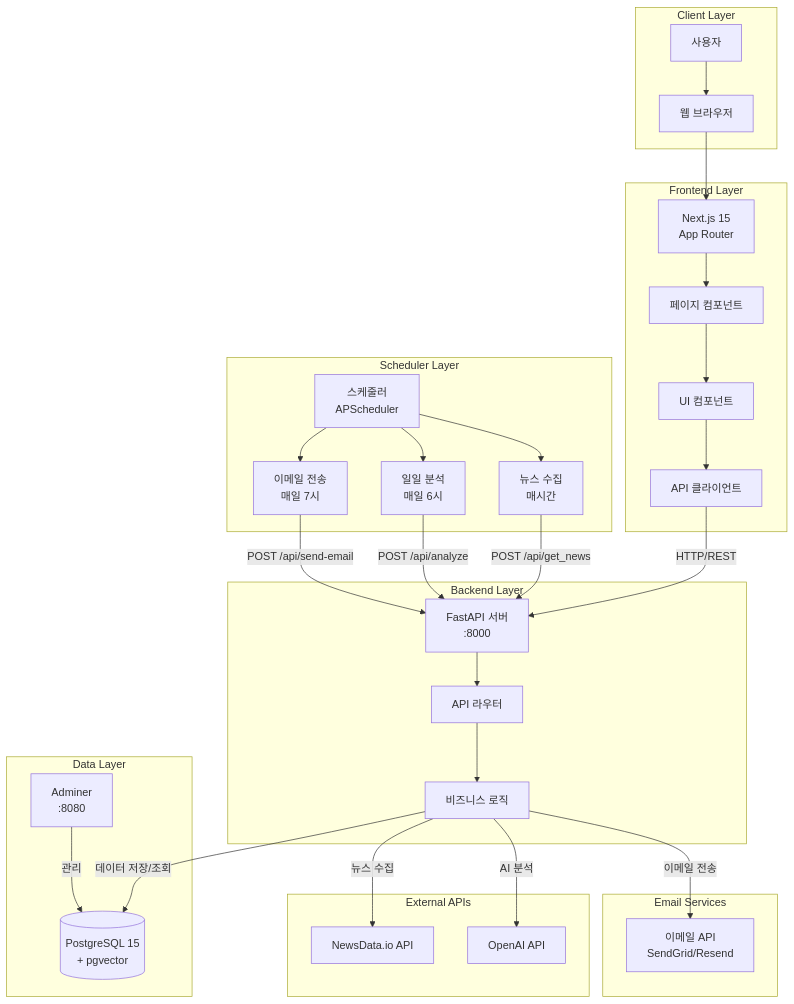
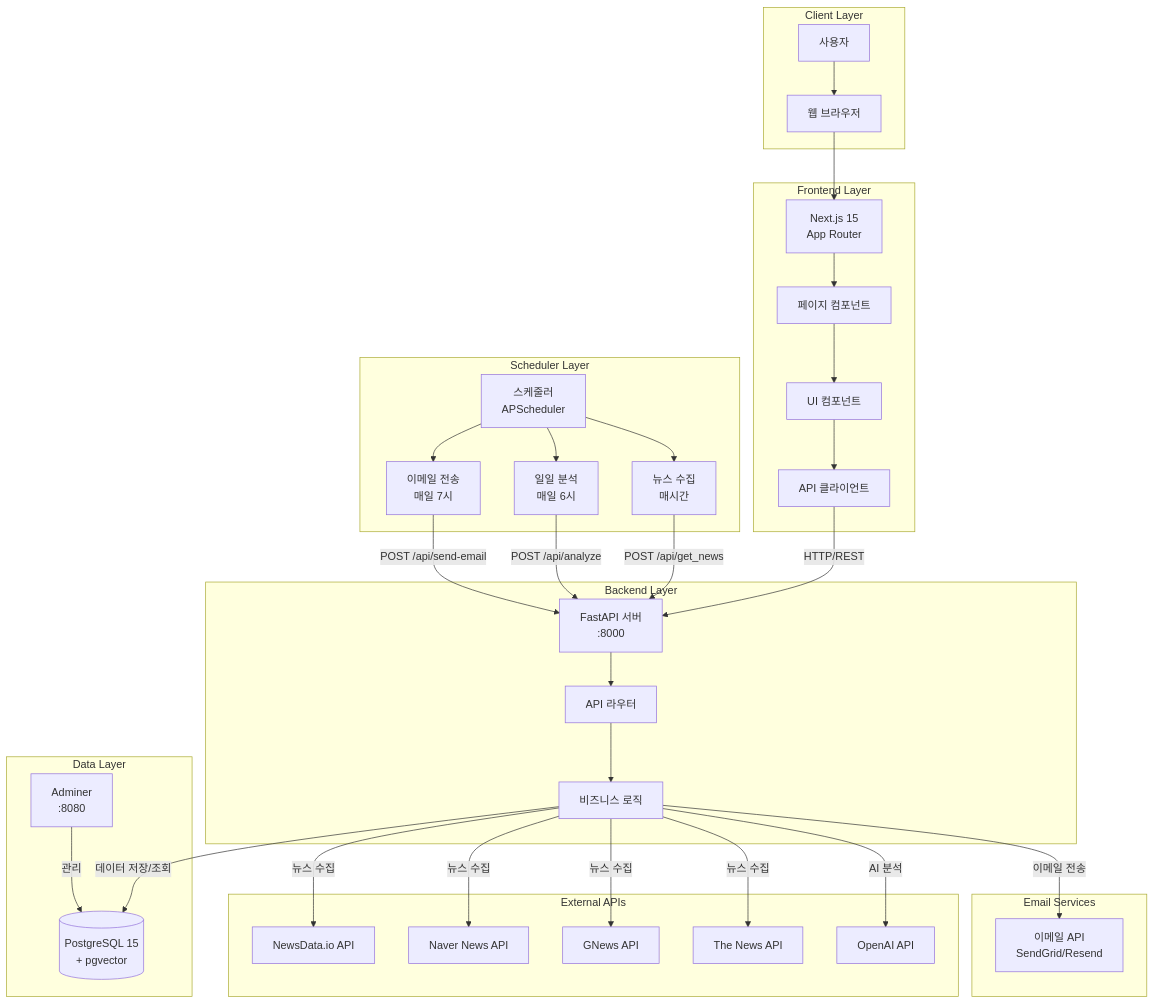
One commit to EduungEee/jtj changed the first of 18 diagrams in DIAGRAM.md. Above: the diagram before and after it, drawn with Mermaid. The commit also changed other lines of this file and 7 other files, not shown here.

````diff
--- a/DIAGRAM.md
+++ b/DIAGRAM.md
@@ -7,61 +7,67 @@
 ```mermaid
 graph TB
     subgraph "Client Layer"
         User[사용자]
         Browser[웹 브라우저]
     end
 
     subgraph "Frontend Layer"
         NextJS[Next.js 15<br/>App Router]
         Pages[페이지 컴포넌트]
         Components[UI 컴포넌트]
         APIClient[API 클라이언트]
     end
 
     subgraph "Backend Layer"
         FastAPI[FastAPI 서버<br/>:8000]
         Routers[API 라우터]
         Services[비즈니스 로직]
     end
 
     subgraph "External APIs"
         NewsDataAPI[NewsData.io API]
+        NaverAPI[Naver News API]
+        GNewsAPI[GNews API]
+        TheNewsAPI[The News API]
         OpenAIAPI[OpenAI API]
     end
 
     subgraph "Data Layer"
         PostgreSQL[(PostgreSQL 15<br/>+ pgvector)]
         Adminer[Adminer<br/>:8080]
     end
 
     subgraph "Scheduler Layer"
         Scheduler[스케줄러<br/>APScheduler]
         NewsScheduler[뉴스 수집<br/>매시간]
         AnalysisScheduler[일일 분석<br/>매일 6시]
         EmailScheduler[이메일 전송<br/>매일 7시]
     end
 
     subgraph "Email Services"
         EmailAPI[이메일 API<br/>SendGrid/Resend]
     end
 
     User --> Browser
     Browser --> NextJS
     NextJS --> Pages
     Pages --> Components
     Components --> APIClient
     APIClient -->|HTTP/REST| FastAPI
     FastAPI --> Routers
     Routers --> Services
     Services -->|뉴스 수집| NewsDataAPI
+    Services -->|뉴스 수집| NaverAPI
+    Services -->|뉴스 수집| GNewsAPI
+    Services -->|뉴스 수집| TheNewsAPI
     Services -->|AI 분석| OpenAIAPI
     Services -->|데이터 저장/조회| PostgreSQL
     Adminer -->|관리| PostgreSQL
     Scheduler --> NewsScheduler
     Scheduler --> AnalysisScheduler
     Scheduler --> EmailScheduler
     NewsScheduler -->|POST /api/get_news| FastAPI
     AnalysisScheduler -->|POST /api/analyze| FastAPI
     EmailScheduler -->|POST /api/send-email| FastAPI
     Services -->|이메일 전송| EmailAPI
 ```
````
